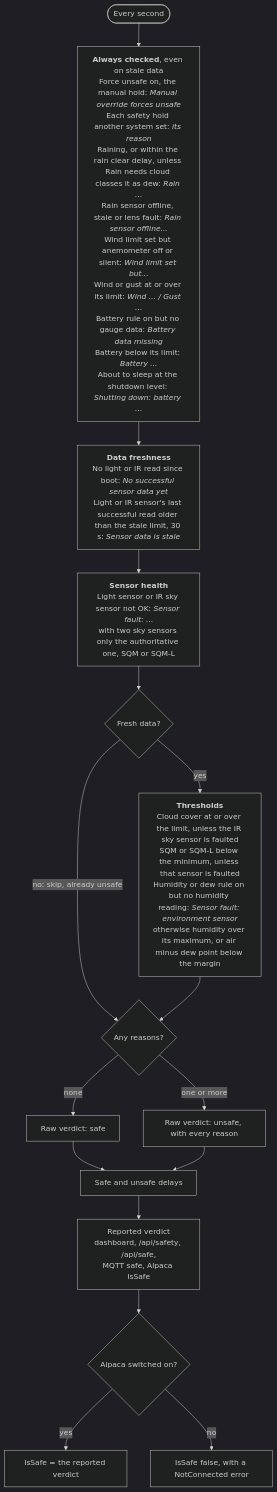
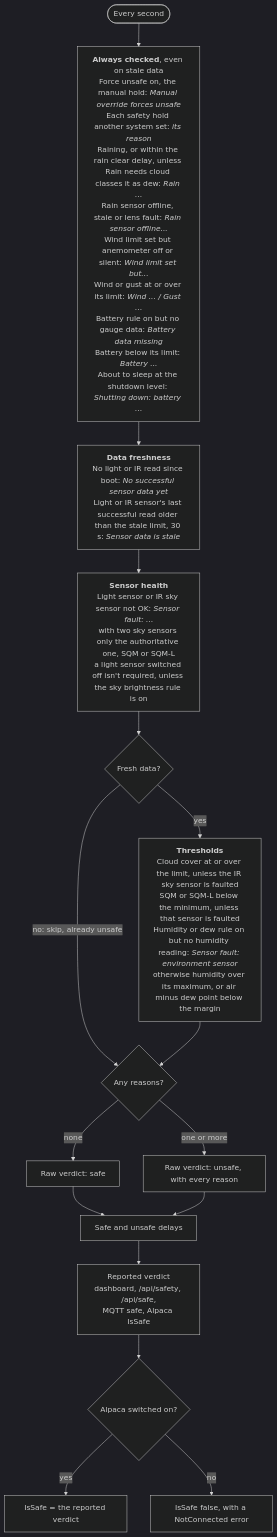
The second of 3 diagrams in docs/user-guide/alpaca.md (DeanJ87/SQMeter), drawn with Mermaid (dark theme) before and after one commit. The commit also changed other lines of this file and 9 other files, not shown here.

First line of the commit message:
fix(safety): do not require a light sensor that is switched off

````diff
--- a/docs/user-guide/alpaca.md
+++ b/docs/user-guide/alpaca.md
@@ -149,21 +149,21 @@
 ```mermaid
 flowchart TB
     accTitle: How the safety verdict is decided
     accDescr: Every second all enabled rules are checked and each failing rule adds a reason. Force unsafe, safety holds, rain, wind and battery are always checked, then data freshness and sensor health; the threshold rules only run on fresh data. Any reason makes the raw verdict unsafe, which then passes through the safe and unsafe delays.
     START(["Every second"]) --> ALWAYS
     ALWAYS["<b>Always checked</b>, even on stale data<br/>Force unsafe on, the manual hold: <i>Manual override forces unsafe</i><br/>Each safety hold another system set: <i>its reason</i><br/>Raining, or within the rain clear delay, unless Rain needs cloud classes it as dew: <i>Rain ...</i><br/>Rain sensor offline, stale or lens fault: <i>Rain sensor offline...</i><br/>Wind limit set but anemometer off or silent: <i>Wind limit set but...</i><br/>Wind or gust at or over its limit: <i>Wind ... / Gust ...</i><br/>Battery rule on but no gauge data: <i>Battery data missing</i><br/>Battery below its limit: <i>Battery ...</i><br/>About to sleep at the shutdown level: <i>Shutting down: battery ...</i>"]
     ALWAYS --> FRESHNESS["<b>Data freshness</b><br/>No light or IR read since boot: <i>No successful sensor data yet</i><br/>Light or IR sensor's last successful read older than the stale limit, 30 s: <i>Sensor data is stale</i>"]
-    FRESHNESS --> HEALTH["<b>Sensor health</b><br/>Light sensor or IR sky sensor not OK: <i>Sensor fault: ...</i><br/>with two sky sensors only the authoritative one, SQM or SQM-L"]
+    FRESHNESS --> HEALTH["<b>Sensor health</b><br/>Light sensor or IR sky sensor not OK: <i>Sensor fault: ...</i><br/>with two sky sensors only the authoritative one, SQM or SQM-L<br/>a light sensor switched off isn't required, unless the sky brightness rule is on"]
     HEALTH --> FRESH{"Fresh data?"}
     FRESH -->|yes| THRESHOLDS["<b>Thresholds</b><br/>Cloud cover at or over the limit, unless the IR sky sensor is faulted<br/>SQM or SQM-L below the minimum, unless that sensor is faulted<br/>Humidity or dew rule on but no humidity reading: <i>Sensor fault: environment sensor</i><br/>otherwise humidity over its maximum, or air minus dew point below the margin"]
     FRESH -->|"no: skip, already unsafe"| ANY
     THRESHOLDS --> ANY{"Any reasons?"}
     ANY -->|none| RAWSAFE["Raw verdict: safe"]
     ANY -->|one or more| RAWUNSAFE["Raw verdict: unsafe, with every reason"]
     RAWSAFE --> DELAY["Safe and unsafe delays"]
     RAWUNSAFE --> DELAY
     DELAY --> REPORTED["Reported verdict<br/>dashboard, /api/safety, /api/safe,<br/>MQTT safe, Alpaca IsSafe"]
     REPORTED --> ALPACA{"Alpaca switched on?"}
     ALPACA -->|yes| ISSAFE["IsSafe = the reported verdict"]
     ALPACA -->|no| NOTCONNECTED["IsSafe false, with a NotConnected error"]
 ```
````
